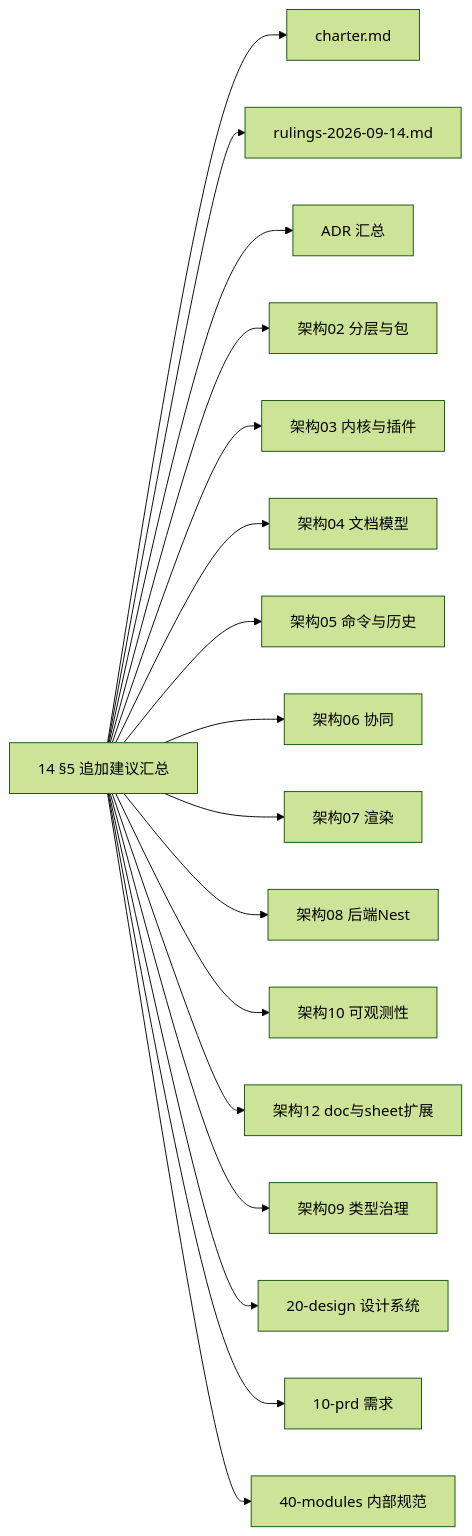
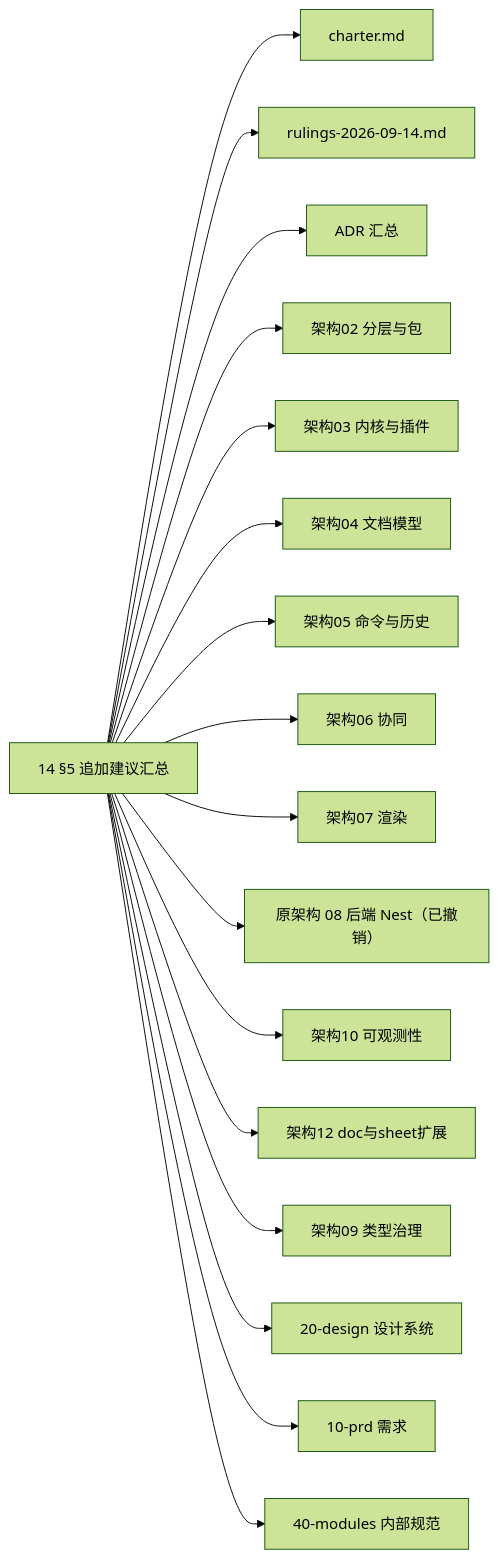
The second of 2 diagrams in docs/40-modules/14-cross-module-review.md (Xeonice/cordis-ppt-editor), drawn with Mermaid (forest theme) before and after one commit. The commit also changed other lines of this file and 78 other files, not shown here.

````diff
--- a/docs/40-modules/14-cross-module-review.md
+++ b/docs/40-modules/14-cross-module-review.md
@@ -310,19 +310,19 @@
 ```mermaid
 flowchart LR
 g5["14 §5 追加建议汇总"] --> charter["charter.md"]
 g5 --> rulings["rulings-2026-09-14.md"]
 g5 --> adr["ADR 汇总"]
 g5 --> arch02["架构02 分层与包"]
 g5 --> arch03["架构03 内核与插件"]
 g5 --> arch04["架构04 文档模型"]
 g5 --> arch05["架构05 命令与历史"]
 g5 --> arch06["架构06 协同"]
 g5 --> arch07["架构07 渲染"]
-g5 --> arch08["架构08 后端Nest"]
+g5 --> arch08["原架构 08 后端 Nest（已撤销）"]
 g5 --> arch10["架构10 可观测性"]
 g5 --> arch12["架构12 doc与sheet扩展"]
 g5 --> typed["架构09 类型治理"]
 g5 --> design["20-design 设计系统"]
 g5 --> prd["10-prd 需求"]
 g5 --> modinternal["40-modules 内部规范"]
 ```
````
